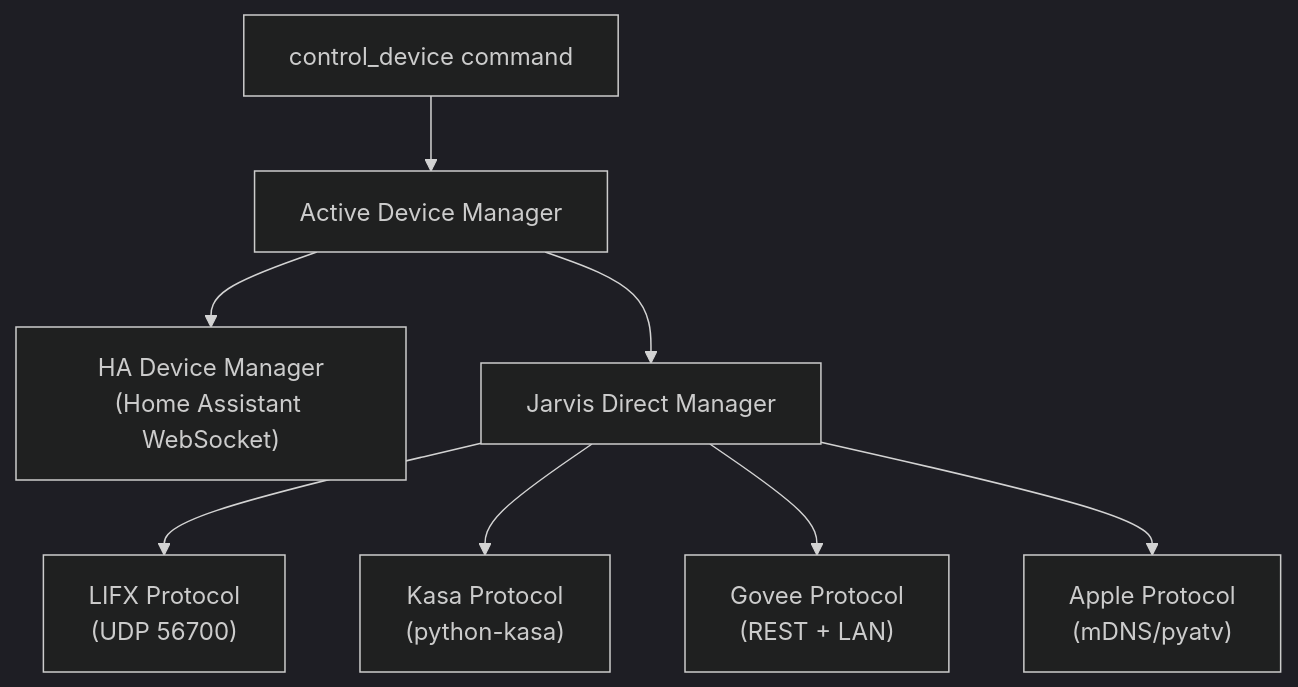
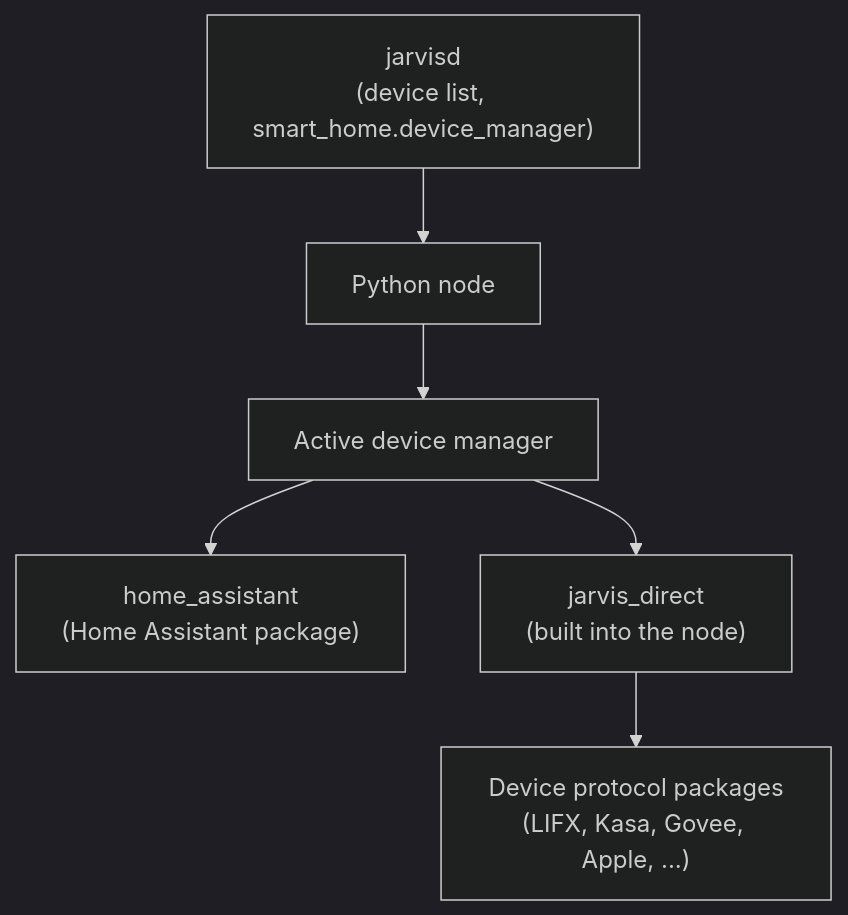
The diagram in docs/extending/devices/index.md (alexberardi/jarvis-docs), drawn with Mermaid (dark theme) before and after one commit. The commit also changed other lines of this file and 16 other files, not shown here.

````diff
--- a/docs/extending/devices/index.md
+++ b/docs/extending/devices/index.md
@@ -12,10 +12,8 @@
 ```mermaid
 graph TD
-    CMD["control_device command"] --> DM["Active Device Manager"]
-    DM --> HA["HA Device Manager<br/>(Home Assistant WebSocket)"]
-    DM --> JD["Jarvis Direct Manager"]
-    JD --> LIFX["LIFX Protocol<br/>(UDP 56700)"]
-    JD --> Kasa["Kasa Protocol<br/>(python-kasa)"]
-    JD --> Govee["Govee Protocol<br/>(REST + LAN)"]
-    JD --> Apple["Apple Protocol<br/>(mDNS/pyatv)"]
+    SRV["jarvisd<br/>(device list, smart_home.device_manager)"] --> NODE["Python node"]
+    NODE --> DM["Active device manager"]
+    DM --> HA["home_assistant<br/>(Home Assistant package)"]
+    DM --> JD["jarvis_direct<br/>(built into the node)"]
+    JD --> P1["Device protocol packages<br/>(LIFX, Kasa, Govee, Apple, ...)"]
 ```
````
